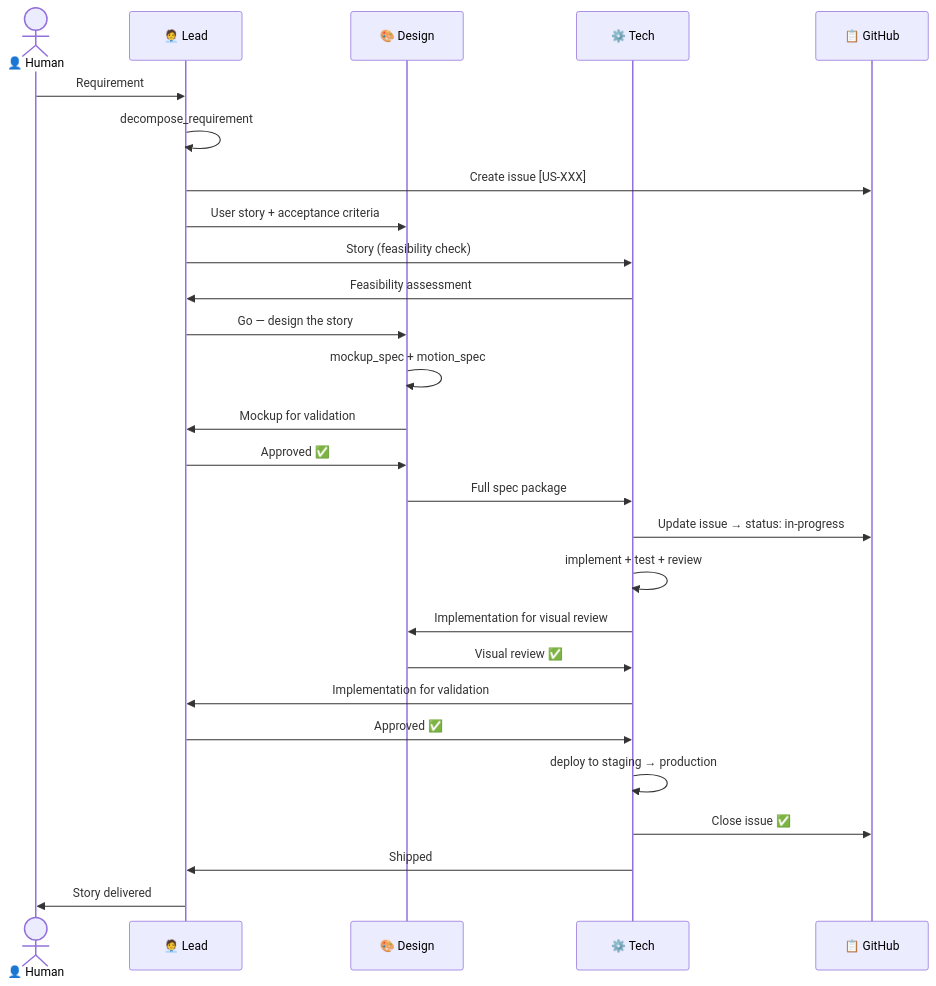
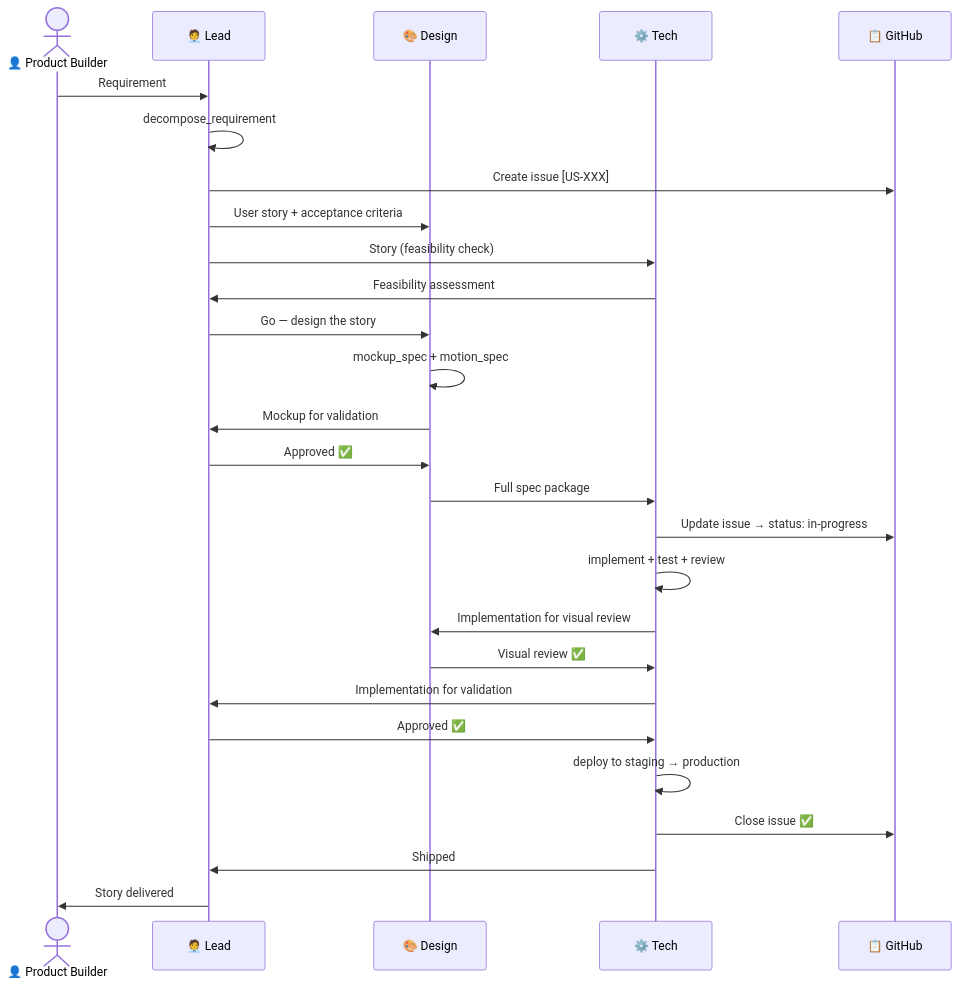
Before and after one commit to Sylvermix/Product_Team_Workspace: the third of 4 diagrams in projects/atelier/docs/diagrams/team-agents.md, drawn with Mermaid. The commit also changed other lines of this file, not shown here.

First line of the commit message:
docs(atelier): rename Product Owner → Product Builder in team diagram

````diff
--- a/projects/atelier/docs/diagrams/team-agents.md
+++ b/projects/atelier/docs/diagrams/team-agents.md
@@ -103,34 +103,34 @@
 ```mermaid
 sequenceDiagram
-    actor H as 👤 Human
+    actor H as 👤 Product Builder
     participant L as 🧑‍💼 Lead
     participant D as 🎨 Design
     participant T as ⚙️ Tech
     participant G as 📋 GitHub
 
     H->>L: Requirement
     L->>L: decompose_requirement
     L->>G: Create issue [US-XXX]
     L->>D: User story + acceptance criteria
     L->>T: Story (feasibility check)
 
     T->>L: Feasibility assessment
     L->>D: Go — design the story
 
     D->>D: mockup_spec + motion_spec
     D->>L: Mockup for validation
     L->>D: Approved ✅
 
     D->>T: Full spec package
     T->>G: Update issue → status: in-progress
     T->>T: implement + test + review
     T->>D: Implementation for visual review
     D->>T: Visual review ✅
     T->>L: Implementation for validation
     L->>T: Approved ✅
 
     T->>T: deploy to staging → production
     T->>G: Close issue ✅
     T->>L: Shipped
     L->>H: Story delivered
 ```
````
